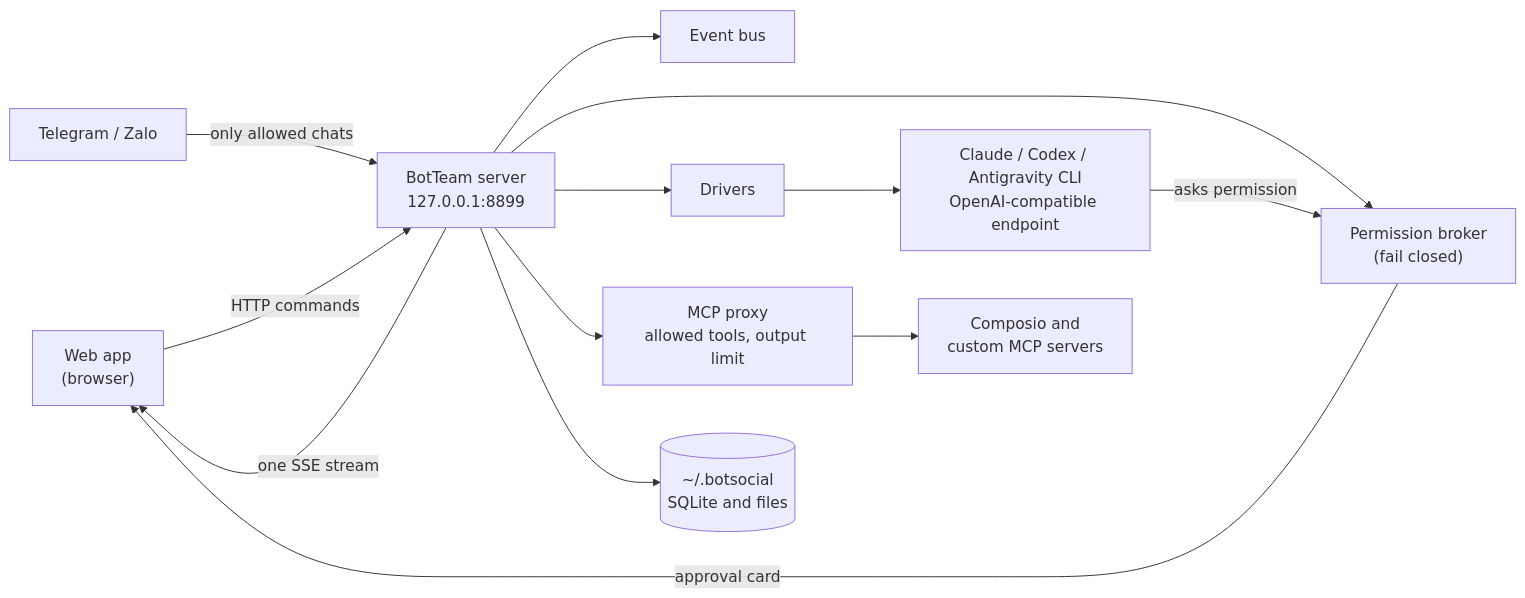
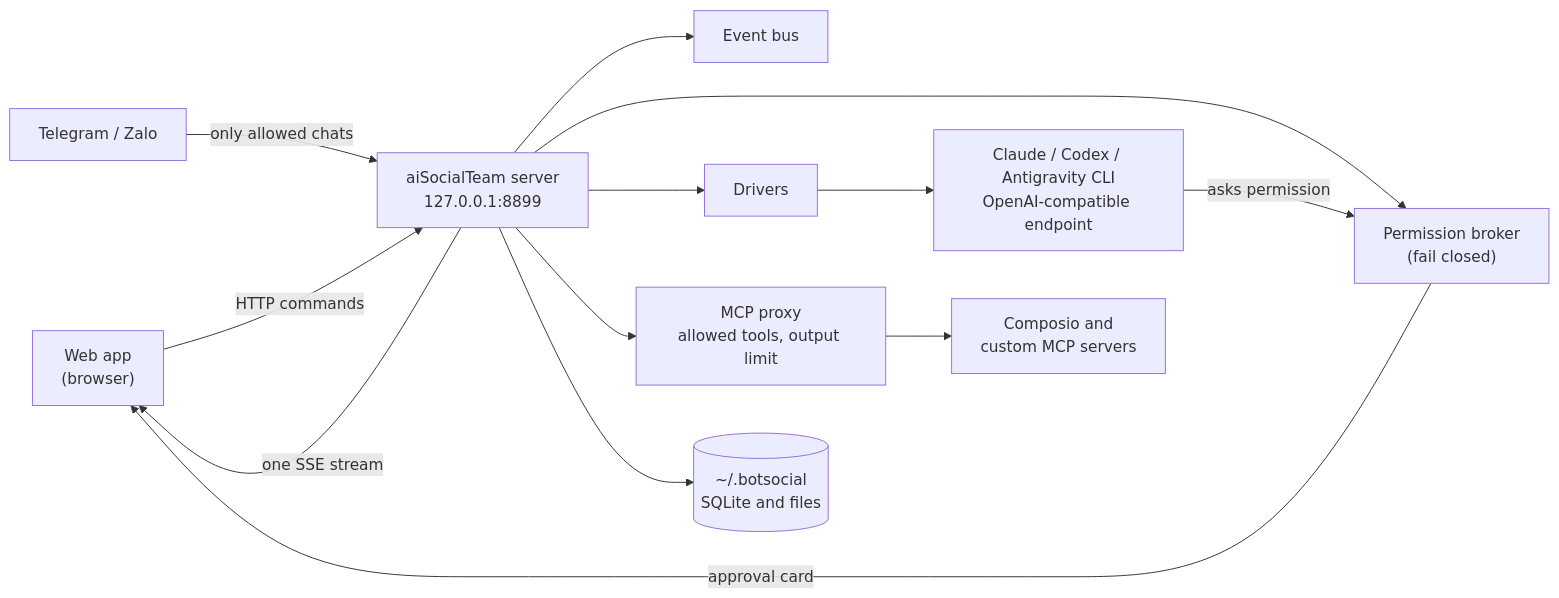
One commit to jokerhung/aiSocialTeam changed the diagram in README.md. Above: the diagram before and after it, drawn with Mermaid. The commit also changed other lines of this file and 3 other files, not shown here.

First line of the commit message:
Update aiSocialTeam branding and stabilize LAN computer preview

````diff
--- a/README.md
+++ b/README.md
@@ -63,15 +63,15 @@
 ```mermaid
 flowchart LR
-    Browser["Web app<br/>(browser)"] -- "HTTP commands" --> API["BotTeam server<br/>127.0.0.1:8899"]
+    Browser["Web app<br/>(browser)"] -- "HTTP commands" --> API["aiSocialTeam server<br/>127.0.0.1:8899"]
     API -- "one SSE stream" --> Browser
     API --> Bus["Event bus"]
     API --> Broker["Permission broker<br/>(fail closed)"]
     API --> Drivers["Drivers"]
     Drivers --> CLI["Claude / Codex / Antigravity CLI<br/>OpenAI-compatible endpoint"]
     CLI -- "asks permission" --> Broker
     Broker -- "approval card" --> Browser
     API --> Proxy["MCP proxy<br/>allowed tools, output limit"]
     Proxy --> Apps["Composio and<br/>custom MCP servers"]
     API --> Data[("~/.botsocial<br/>SQLite and files")]
     Channels["Telegram / Zalo"] -- "only allowed chats" --> API
 ```
````
